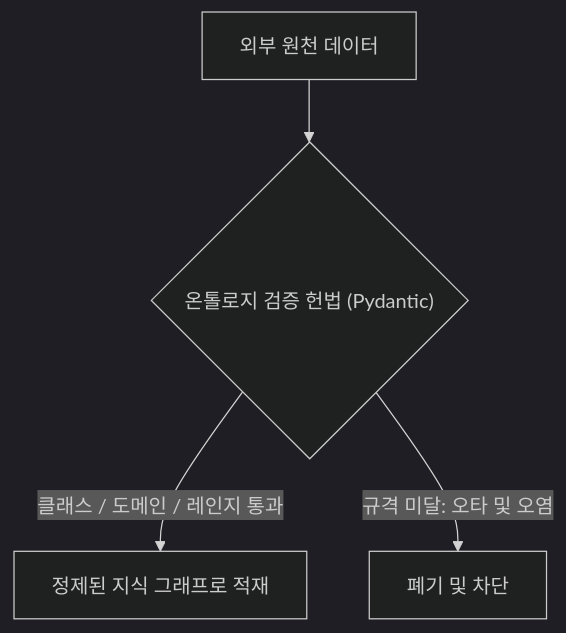
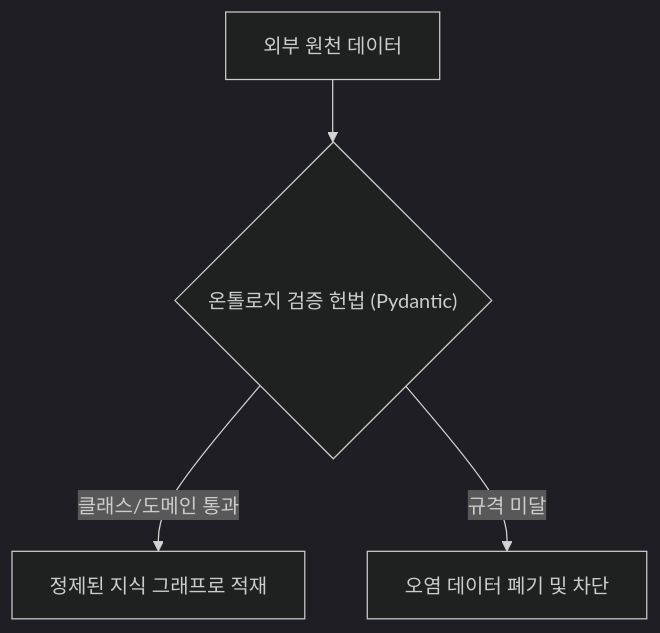
Before and after one commit to mycar4/enkoa-practice-knowledge-graph: the second of 6 diagrams in 내작업폴더/day27_그래프DB_개념_지식그래프/00_그래프DB_지식그래프_마스터_아키텍처_보고서.md, drawn with Mermaid (dark theme). The commit also changed other lines of this file and 1 other file, not shown here.

Commit message:
fix: Big Picture 전 단계 Mermaid 문법 표준화 및 텍스트 조감도 듀얼 지원

````diff
--- a/내작업폴더/day27_그래프DB_개념_지식그래프/00_그래프DB_지식그래프_마스터_아키텍처_보고서.md
+++ b/내작업폴더/day27_그래프DB_개념_지식그래프/00_그래프DB_지식그래프_마스터_아키텍처_보고서.md
@@ -103,6 +94,6 @@
 ```mermaid
 flowchart TD
     Raw["외부 원천 데이터"] --> Gate{"온톨로지 검증 헌법 (Pydantic)"}
-    Gate -->|클래스 / 도메인 / 레인지 통과| Pass["정제된 지식 그래프로 적재"]
-    Gate -->|규격 미달: 오타 및 오염| Drop["폐기 및 차단"]
+    Gate -->|클래스/도메인 통과| Pass["정제된 지식 그래프로 적재"]
+    Gate -->|규격 미달| Drop["오염 데이터 폐기 및 차단"]
 ```
````
